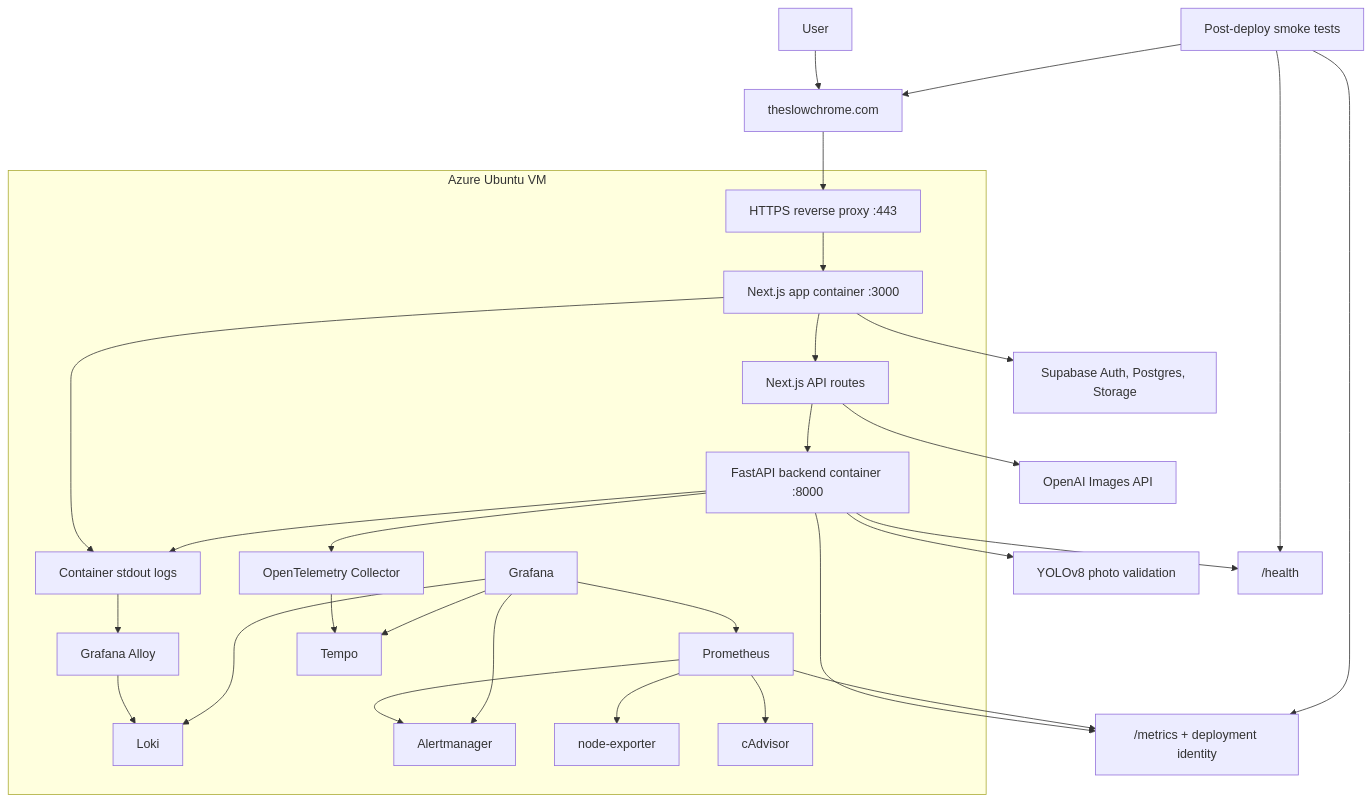
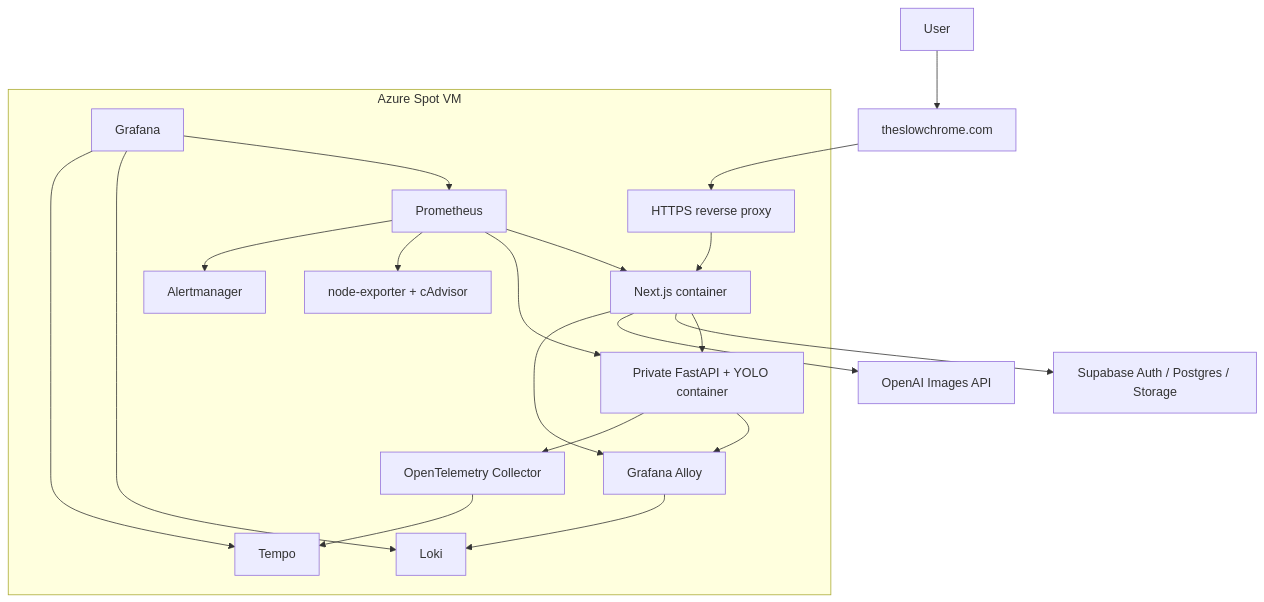
The first of 4 diagrams in docs/technical-case-study.md (hzzcoding/SlowChrome-Showcase), drawn with Mermaid before and after one commit. The commit also changed other lines of this file and 1 other file, not shown here.

````diff
--- a/docs/technical-case-study.md
+++ b/docs/technical-case-study.md
@@ -9,48 +51,33 @@
 ```mermaid
 flowchart TD
     user["User"] --> domain["theslowchrome.com"]
-    domain --> proxy["HTTPS reverse proxy :443"]
-    proxy --> frontend["Next.js app container :3000"]
-    frontend --> api["Next.js API routes"]
-    api --> backend["FastAPI backend container :8000"]
-    backend --> detector["YOLOv8 photo validation"]
-    api --> openai["OpenAI Images API"]
-    frontend --> supabase["Supabase Auth, Postgres, Storage"]
-    smoke["Post-deploy smoke tests"] --> domain
+    domain --> proxy["HTTPS reverse proxy"]
 
-    subgraph vm["Azure Ubuntu VM"]
-        proxy
-        frontend
-        api
-        backend
-        logs["Container stdout logs"]
+    subgraph vm["Azure Spot VM"]
+        proxy --> frontend["Next.js container"]
+        frontend --> backend["Private FastAPI + YOLO container"]
         prometheus["Prometheus"]
         grafana["Grafana"]
         loki["Loki"]
+        tempo["Tempo"]
         alloy["Grafana Alloy"]
-        tempo["Tempo"]
         otel["OpenTelemetry Collector"]
         alertmanager["Alertmanager"]
-        node["node-exporter"]
-        cadvisor["cAdvisor"]
+        host["node-exporter + cAdvisor"]
     end
 
-    backend --> health["/health"]
-    backend --> metrics["/metrics + deployment identity"]
-    smoke --> health
-    smoke --> metrics
-    frontend --> logs
-    backend --> logs
-    prometheus --> metrics
-    prometheus --> node
-    prometheus --> cadvisor
-    logs --> alloy
+    frontend --> supabase["Supabase Auth / Postgres / Storage"]
+    frontend --> openai["OpenAI Images API"]
+    prometheus --> frontend
+    prometheus --> backend
+    prometheus --> host
+    frontend --> alloy
+    backend --> alloy
+    alloy --> loki
     backend --> otel
     otel --> tempo
-    alloy --> loki
     prometheus --> alertmanager
     grafana --> prometheus
     grafana --> loki
     grafana --> tempo
-    grafana --> alertmanager
 ```
````
